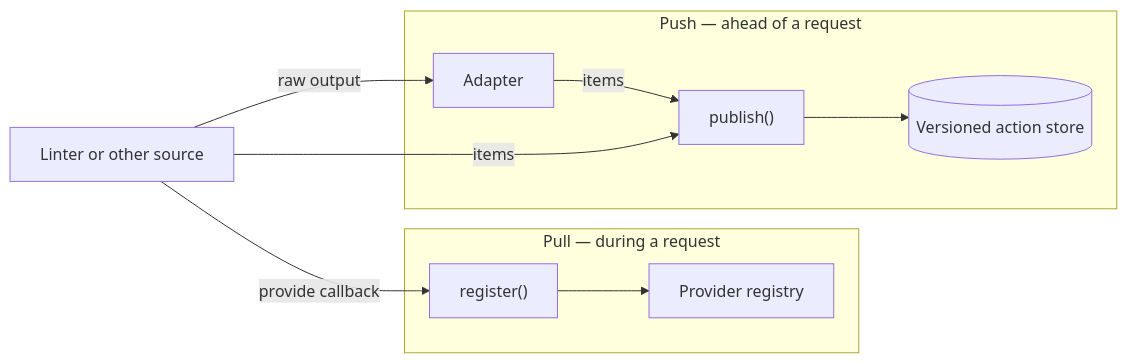
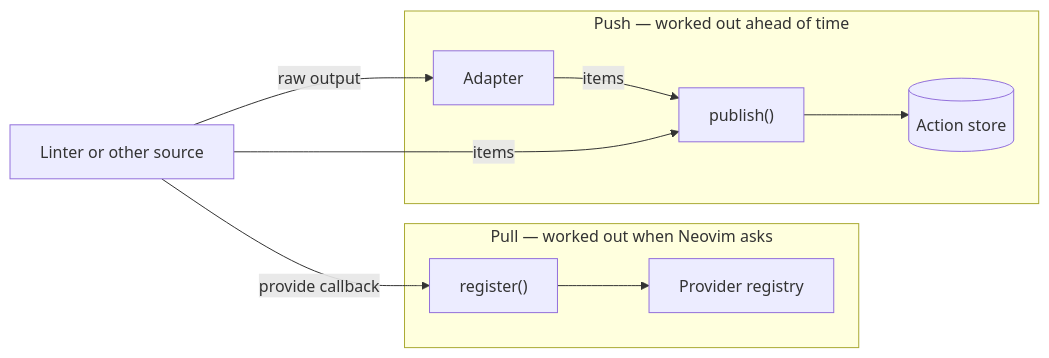
One commit to geodimm/lint-actions.nvim changed the first of 2 diagrams in ARCHITECTURE.md. Above: the diagram before and after it, drawn with Mermaid. The commit also changed other lines of this file and 4 other files, not shown here.

````diff
--- a/ARCHITECTURE.md
+++ b/ARCHITECTURE.md
@@ -12,17 +19,17 @@
 ```mermaid
 flowchart LR
     S["Linter or other source"]
 
-    subgraph pull["Pull — during a request"]
+    subgraph pull["Pull — worked out when Neovim asks"]
         R["register()"] --> PR["Provider registry"]
     end
 
-    subgraph push["Push — ahead of a request"]
+    subgraph push["Push — worked out ahead of time"]
         A["Adapter"] -->|items| P["publish()"]
-        P --> ST[("Versioned action store")]
+        P --> ST[("Action store")]
     end
 
     S -->|raw output| A
     S -->|items| P
     S -->|provide callback| R
 ```
````
